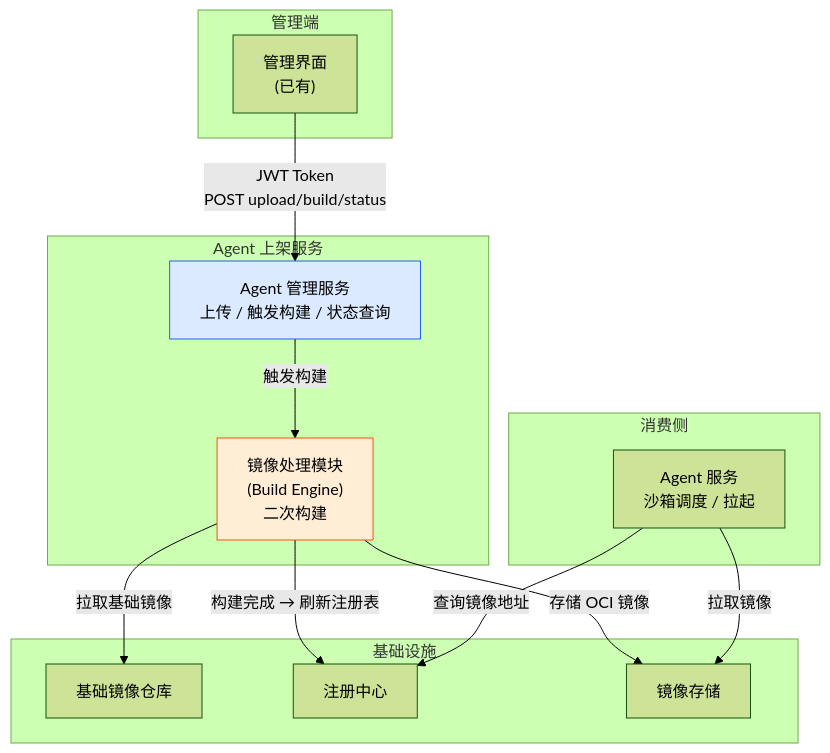
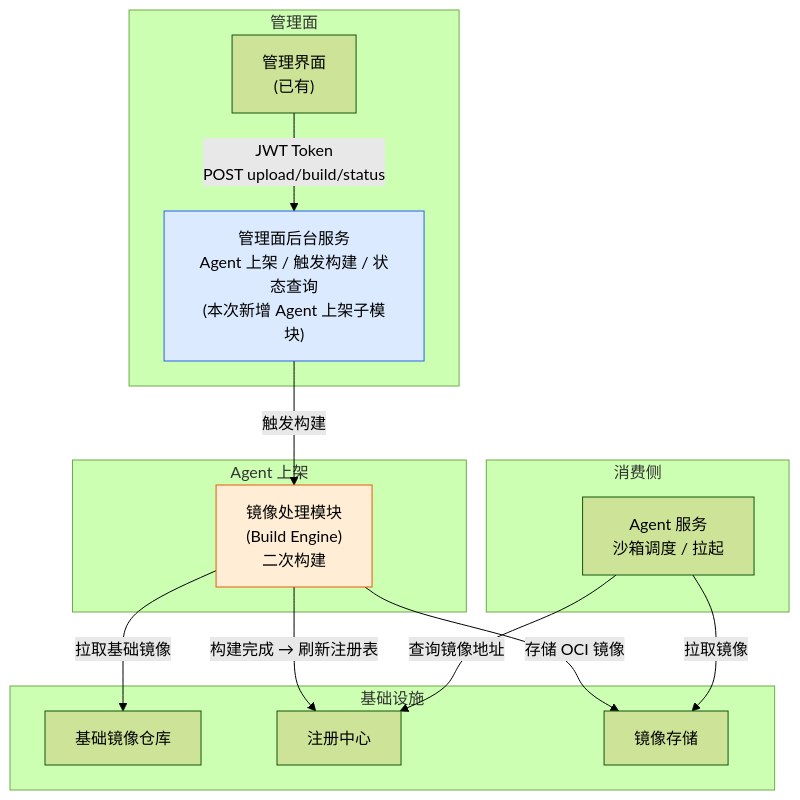
One commit to csoulnd/InferTechNote changed the first of 3 diagrams in codeagent/docs/design/claude-code-offline-install.md. Above: the diagram before and after it, drawn with Mermaid (forest theme). The commit also changed other lines of this file, not shown here.

````diff
--- a/codeagent/docs/design/claude-code-offline-install.md
+++ b/codeagent/docs/design/claude-code-offline-install.md
@@ -39,32 +39,32 @@
 ```mermaid
 flowchart TB
-    subgraph 管理端
+    subgraph 管理面
         UI["管理界面<br/>(已有)"]
+        ADMIN["管理面后台服务<br/>Agent 上架 / 触发构建 / 状态查询<br/>(本次新增 Agent 上架子模块)"]
     end
 
-    subgraph Agent 上架服务
-        AM["Agent 管理服务<br/>上传 / 触发构建 / 状态查询"]
+    subgraph Agent 上架
         BE["镜像处理模块<br/>(Build Engine)<br/>二次构建"]
     end
 
     subgraph 基础设施
         BR["基础镜像仓库"]
         REG["注册中心"]
         STORE["镜像存储"]
     end
 
     subgraph 消费侧
         SANDBOX["Agent 服务<br/>沙箱调度 / 拉起"]
     end
 
-    UI -->|"JWT Token<br/>POST upload/build/status"| AM
-    AM -->|"触发构建"| BE
+    UI -->|"JWT Token<br/>POST upload/build/status"| ADMIN
+    ADMIN -->|"触发构建"| BE
     BE -->|"拉取基础镜像"| BR
     BE -->|"存储 OCI 镜像"| STORE
     BE -->|"构建完成 → 刷新注册表"| REG
     SANDBOX -->|"查询镜像地址"| REG
     SANDBOX -->|"拉取镜像"| STORE
 
     style BE fill:#ffedd5,stroke:#ea580c
-    style AM fill:#dbeafe,stroke:#2563eb
+    style ADMIN fill:#dbeafe,stroke:#2563eb
 ```
````
